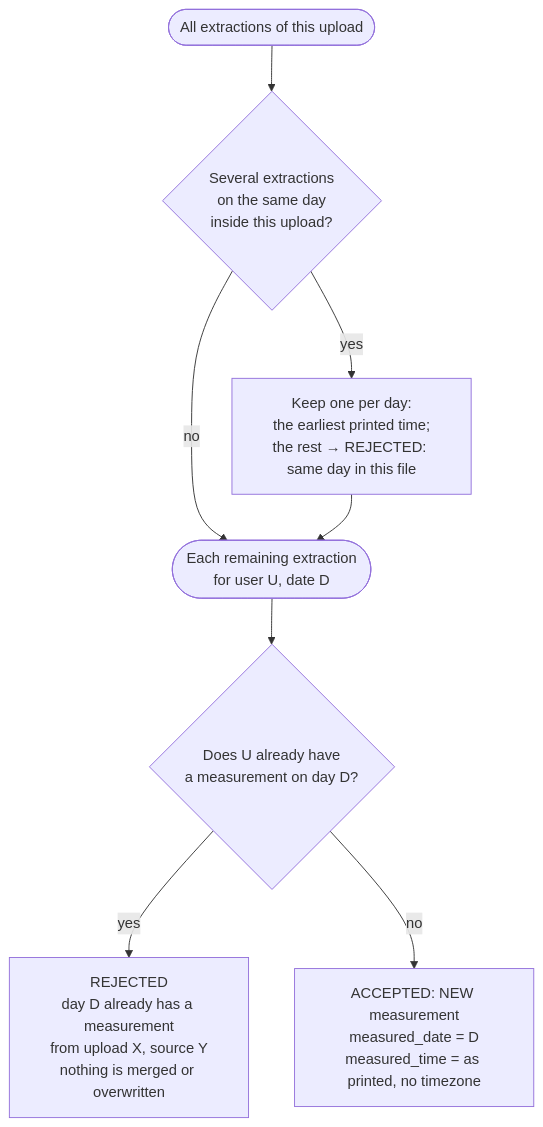
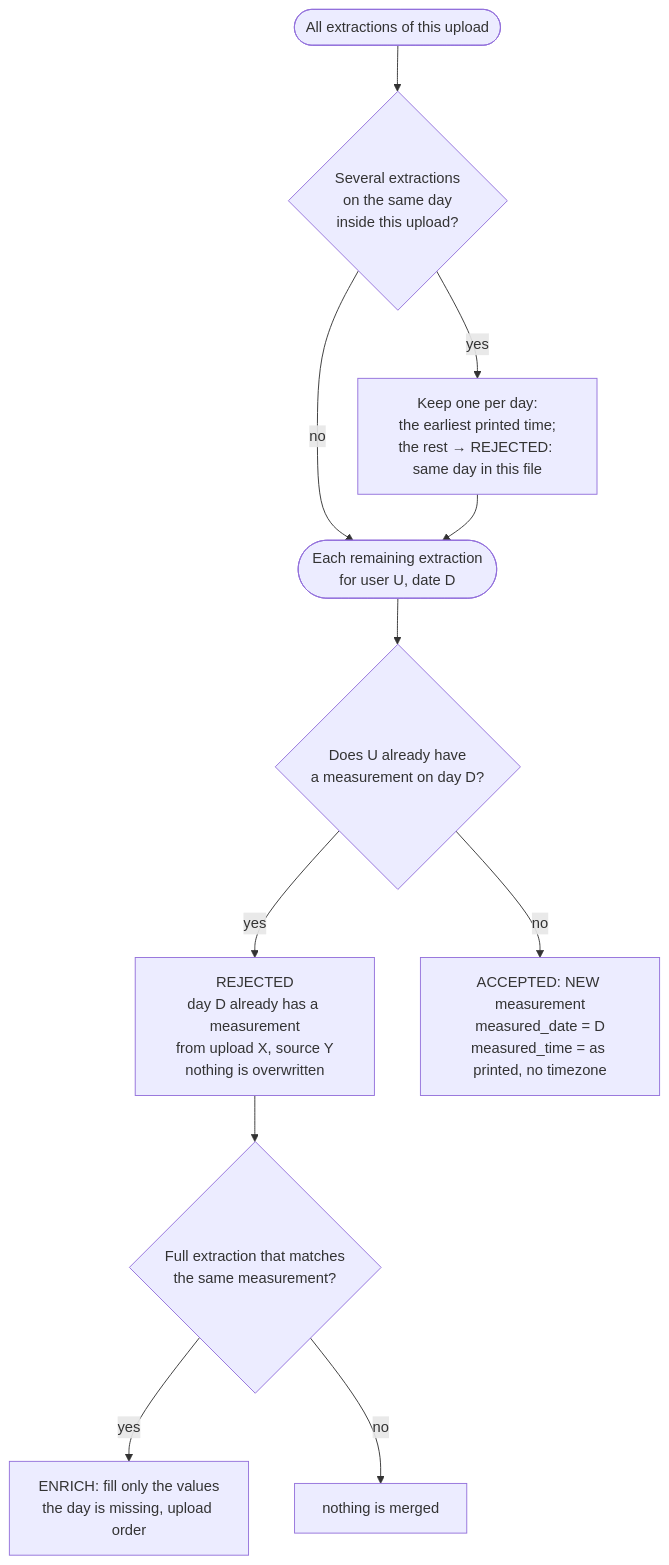
The third of 4 diagrams in docs/upload-pipeline.md (vojtechherrmann/inbody-aggregator), drawn with Mermaid before and after one commit. The commit also changed other lines of this file and 8 other files, not shown here.

First line of the commit message:
Day check: a later file of the same measurement enriches the day (fills missing values, never overwrites); spec, report message and tests

````diff
--- a/docs/upload-pipeline.md
+++ b/docs/upload-pipeline.md
@@ -99,11 +101,14 @@
 ```mermaid
 flowchart TD
     U([All extractions of this upload]) --> W{Several extractions<br/>on the same day<br/>inside this upload?}
     W -- yes --> W1[Keep one per day:<br/>the earliest printed time;<br/>the rest → REJECTED: same day in this file]
     W -- no --> X
     W1 --> X
 
     X([Each remaining extraction<br/>for user U, date D]) --> Q{Does U already have<br/>a measurement on day D?}
-    Q -- yes --> REJ[REJECTED<br/>day D already has a measurement<br/>from upload X, source Y<br/>nothing is merged or overwritten]
+    Q -- yes --> REJ[REJECTED<br/>day D already has a measurement<br/>from upload X, source Y<br/>nothing is overwritten]
+    REJ --> E{Full extraction that matches<br/>the same measurement?}
+    E -- yes --> ENR[ENRICH: fill only the values<br/>the day is missing, upload order]
+    E -- no --> E2[nothing is merged]
     Q -- no --> NEW[ACCEPTED: NEW measurement<br/>measured_date = D<br/>measured_time = as printed, no timezone]
 ```
````
